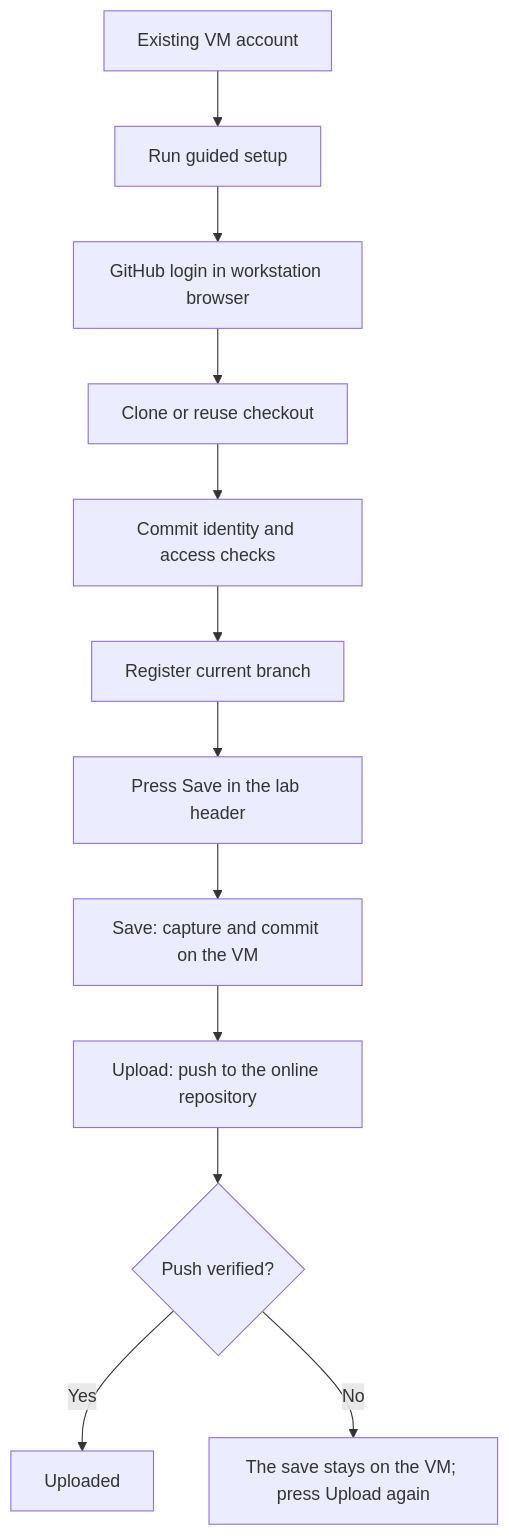
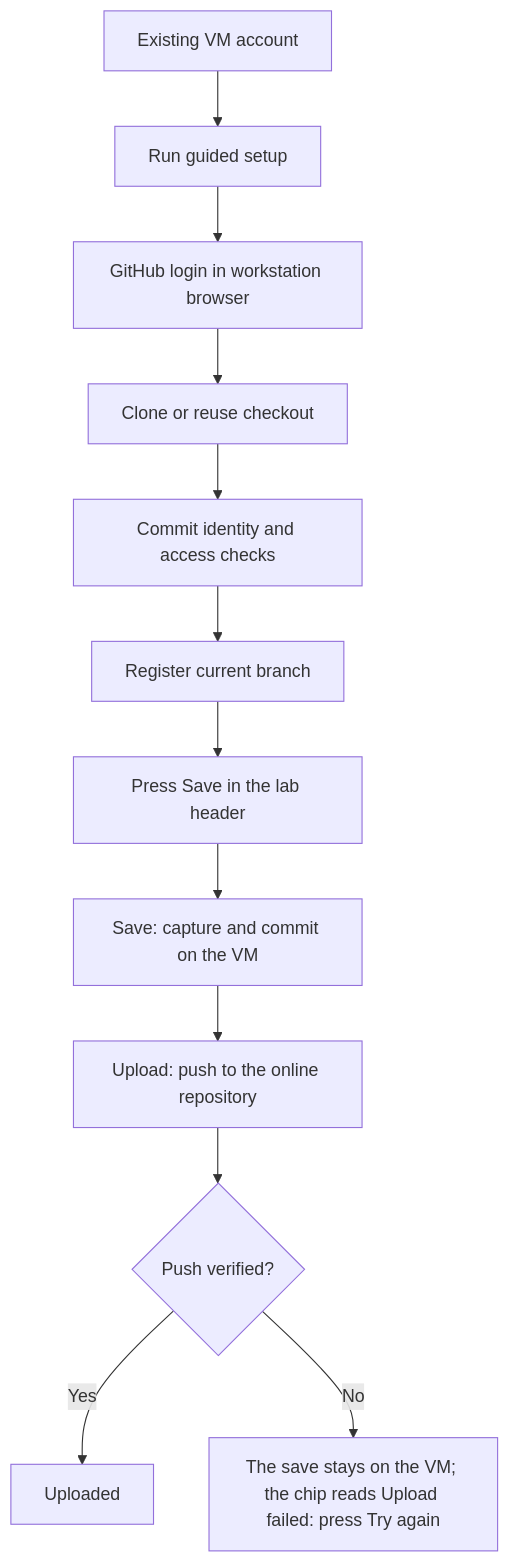
Before and after one commit to ArchRuger/CLAB-BACKUP-WORKER-v2: the diagram in docs/GIT-SETUP.md, drawn with Mermaid. The commit also changed other lines of this file and 13 other files, not shown here.

````diff
--- a/docs/GIT-SETUP.md
+++ b/docs/GIT-SETUP.md
@@ -95,14 +95,14 @@
 ```mermaid
 flowchart TD
     A[Existing VM account] --> B[Run guided setup]
     B --> C[GitHub login in workstation browser]
     C --> D[Clone or reuse checkout]
     D --> E[Commit identity and access checks]
     E --> F[Register current branch]
     F --> G[Press Save in the lab header]
     G --> H[Save: capture and commit on the VM]
     H --> I[Upload: push to the online repository]
     I --> J{Push verified?}
     J -- Yes --> K[Uploaded]
-    J -- No --> L[The save stays on the VM; press Upload again]
+    J -- No --> L[The save stays on the VM; the chip reads Upload failed: press Try again]
 ```
````
